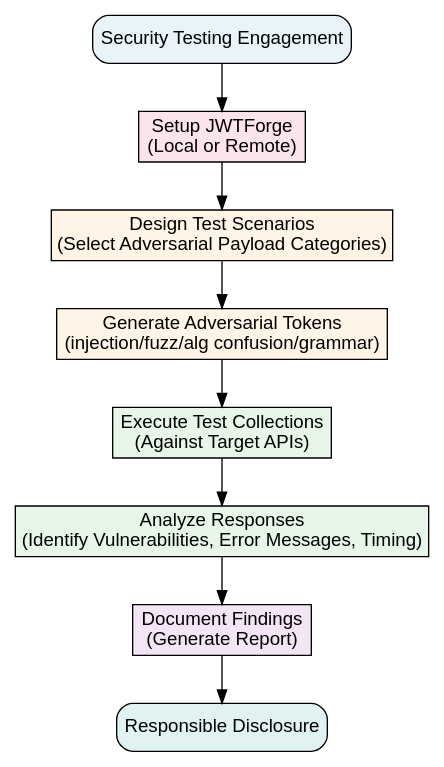
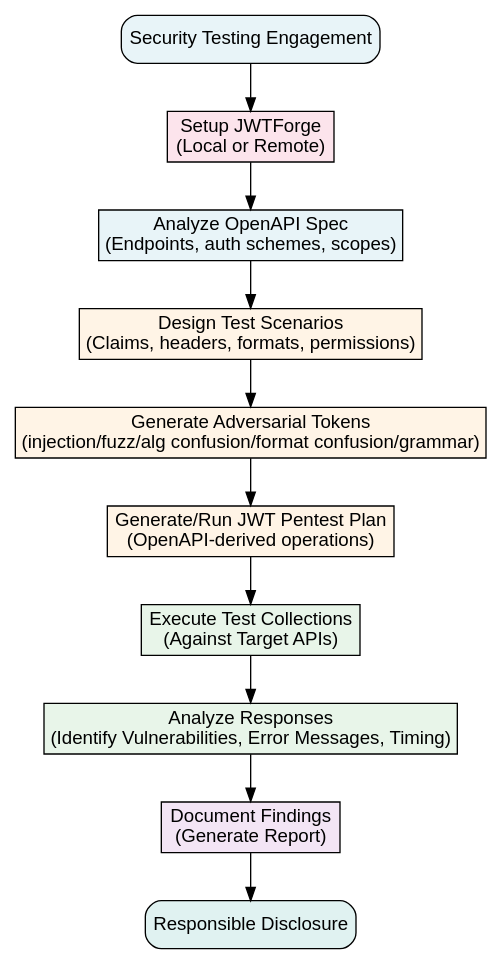
Before and after one commit to abhishektiwari/jwtforge: the diagram in paper/images/graphviz/jwtforge-researcher-workflow.dot, drawn with Graphviz. The commit also changed 4 other files, not shown here.

Commit message:
Adding new diagrams

```diff
--- a/paper/images/graphviz/jwtforge-researcher-workflow.dot
+++ b/paper/images/graphviz/jwtforge-researcher-workflow.dot
@@ -1,23 +1,27 @@
 digraph researcher_workflow {
     fontname="Helvetica,Arial,sans-serif"
     node [fontname="Helvetica,Arial,sans-serif", style=filled]
     edge [fontname="Helvetica,Arial,sans-serif"]
     rankdir=TB;
 
     start [label="Security Testing Engagement", shape=box, fillcolor="#E8F4F8", style="filled,rounded"]
     setup [label="Setup JWTForge\n(Local or Remote)", shape=box, fillcolor="#FCE4EC"]
-    design [label="Design Test Scenarios\n(Select Adversarial Payload Categories)", shape=box, fillcolor="#FFF4E6"]
-    payload [label="Generate Adversarial Tokens\n(injection/fuzz/alg confusion/grammar)", shape=box, fillcolor="#FFF4E6"]
+    openapi [label="Analyze OpenAPI Spec\n(Endpoints, auth schemes, scopes)", shape=box, fillcolor="#E8F4F8"]
+    design [label="Design Test Scenarios\n(Claims, headers, formats, permissions)", shape=box, fillcolor="#FFF4E6"]
+    payload [label="Generate Adversarial Tokens\n(injection/fuzz/alg confusion/format confusion/grammar)", shape=box, fillcolor="#FFF4E6"]
+    pentest [label="Generate/Run JWT Pentest Plan\n(OpenAPI-derived operations)", shape=box, fillcolor="#FFF4E6"]
     postman_test [label="Execute Test Collections\n(Against Target APIs)", shape=box, fillcolor="#E8F5E9"]
     analyze [label="Analyze Responses\n(Identify Vulnerabilities, Error Messages, Timing)", shape=box, fillcolor="#E8F5E9"]
     document [label="Document Findings\n(Generate Report)", shape=box, fillcolor="#F3E5F5"]
     disclose [label="Responsible Disclosure", shape=box, fillcolor="#E0F2F1", style="filled,rounded"]
 
     start -> setup
-    setup -> design
+    setup -> openapi
+    openapi -> design
     design -> payload
-    payload -> postman_test
+    payload -> pentest
+    pentest -> postman_test
     postman_test -> analyze
     analyze -> document
     document -> disclose
 }
```
